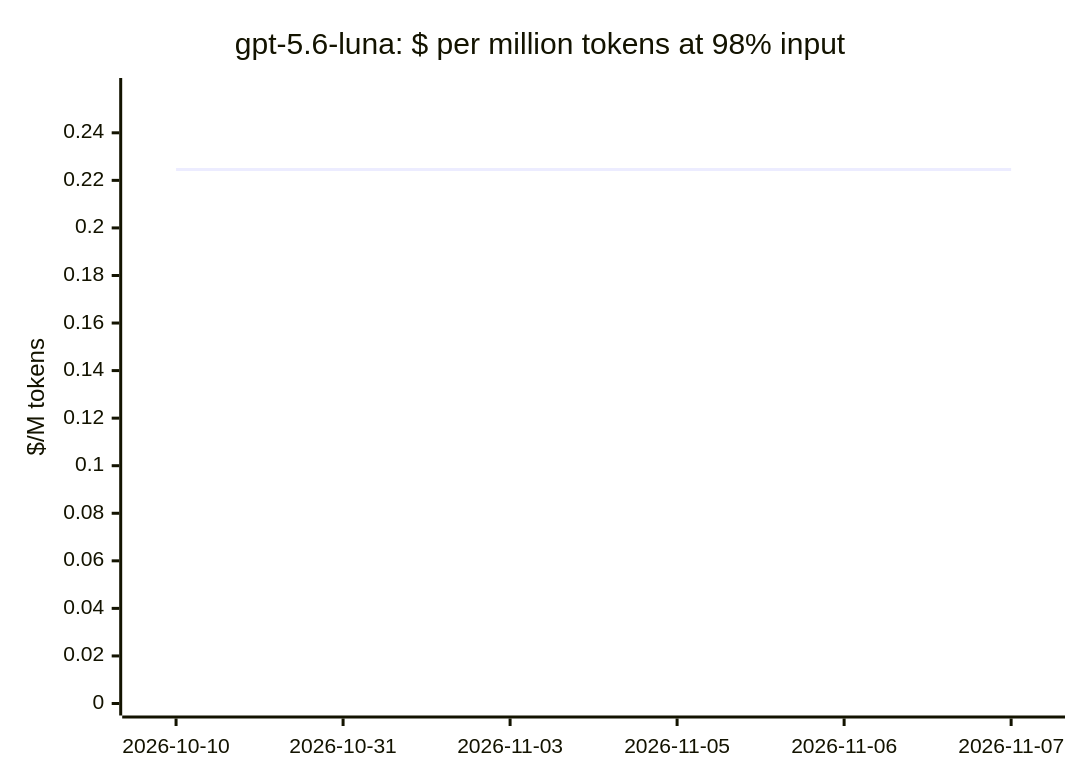
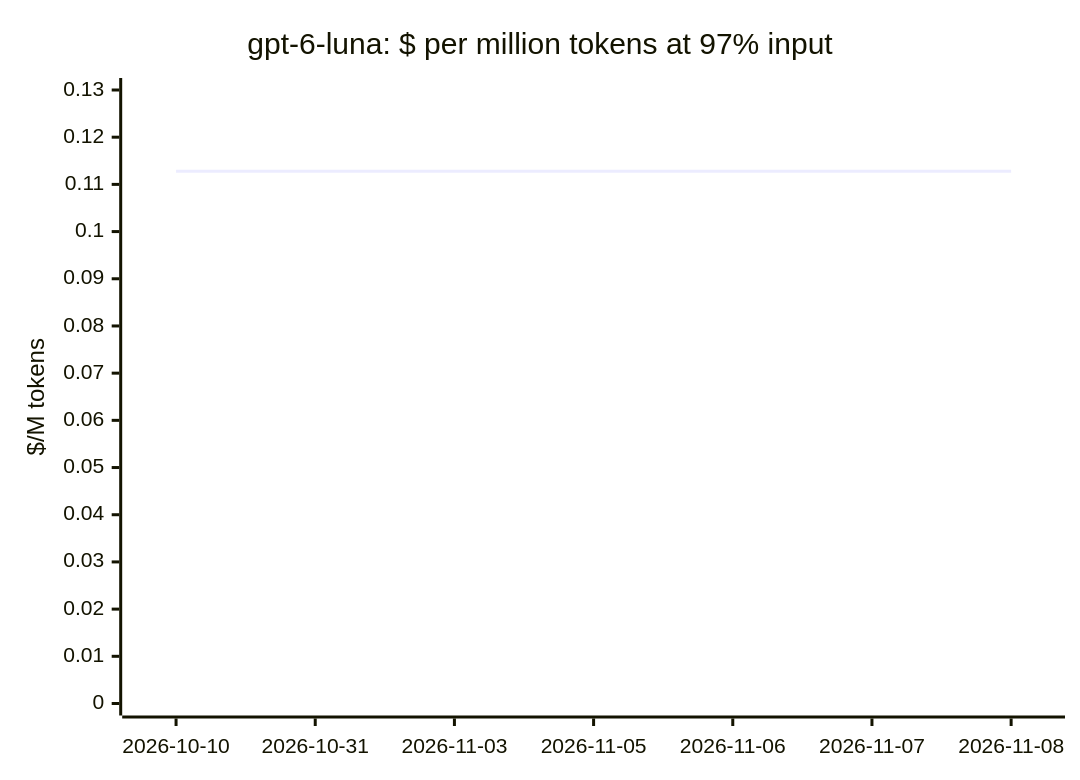
Diagram 12 of 20 in docs/openrouter-models.md (cklukas/OMEGA_TRANSFORM), drawn with Mermaid before and after one commit. The commit also changed other lines of this file and 47 other files, not shown here.

````diff
--- a/docs/openrouter-models.md
+++ b/docs/openrouter-models.md
@@ -239,7 +242,7 @@
 ```mermaid
 xychart-beta
-    title "gpt-5.6-luna: $ per million tokens at 98% input"
-    x-axis ["2026-10-10", "2026-10-31", "2026-11-03", "2026-11-05", "2026-11-06", "2026-11-07"]
-    y-axis "$/M tokens" 0 --> 0.258
-    line [0.2246, 0.2246, 0.2246, 0.2246, 0.2246, 0.2246]
+    title "gpt-6-luna: $ per million tokens at 97% input"
+    x-axis ["2026-10-10", "2026-10-31", "2026-11-03", "2026-11-05", "2026-11-06", "2026-11-07", "2026-11-08"]
+    y-axis "$/M tokens" 0 --> 0.13
+    line [0.1128, 0.1128, 0.1128, 0.1128, 0.1128, 0.1128, 0.1128]
 ```
````
